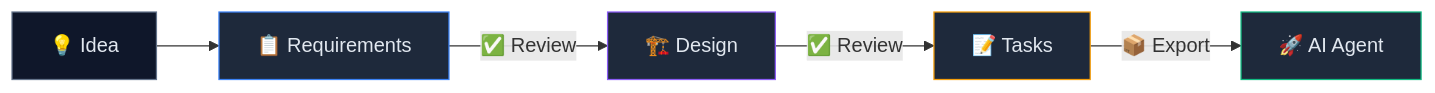
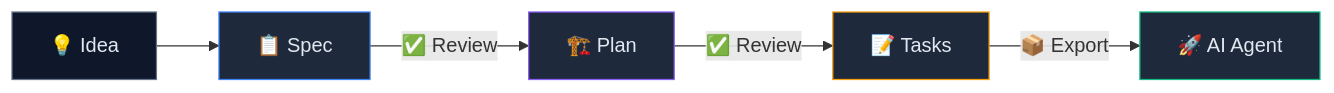
Before and after one commit to yepengfan/SpecOps: the diagram in README.md, drawn with Mermaid. The commit also changed other lines of this file and 20 other files, not shown here.

````diff
--- a/README.md
+++ b/README.md
@@ -23,13 +23,13 @@
 ```mermaid
 graph LR
-    A["💡 Idea"] --> B["📋 Requirements"]
-    B -->|"✅ Review"| C["🏗️ Design"]
+    A["💡 Idea"] --> B["📋 Spec"]
+    B -->|"✅ Review"| C["🏗️ Plan"]
     C -->|"✅ Review"| D["📝 Tasks"]
     D -->|"📦 Export"| E["🚀 AI Agent"]
 
     style A fill:#0f172a,stroke:#64748b,color:#e2e8f0
     style B fill:#1e293b,stroke:#3b82f6,color:#e2e8f0
     style C fill:#1e293b,stroke:#8b5cf6,color:#e2e8f0
     style D fill:#1e293b,stroke:#f59e0b,color:#e2e8f0
     style E fill:#1e293b,stroke:#10b981,color:#e2e8f0
 ```
````
